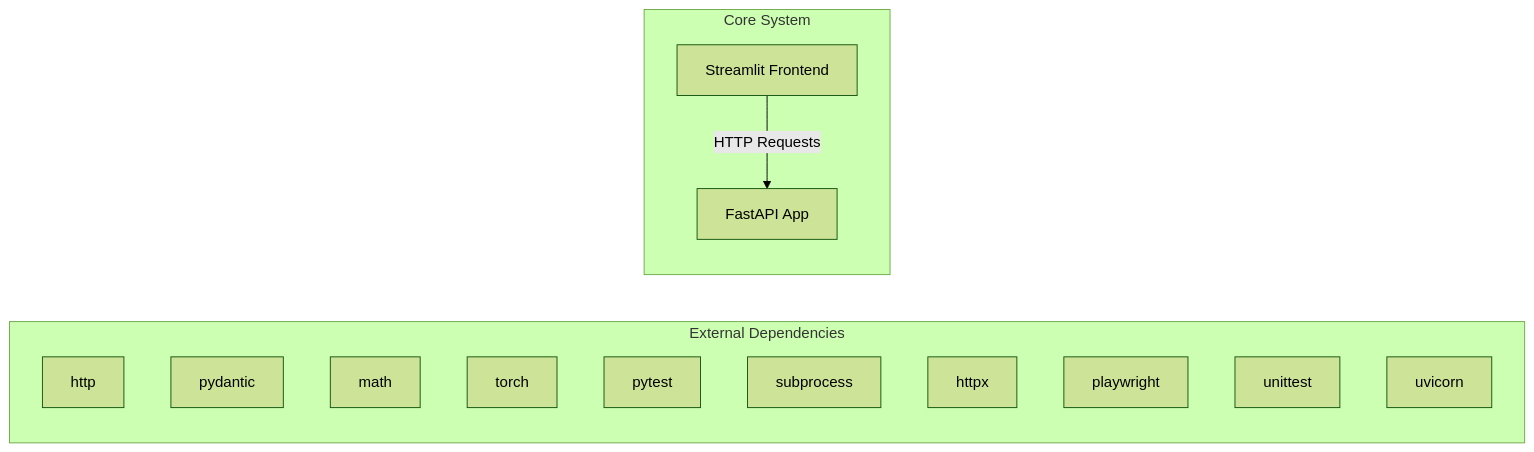
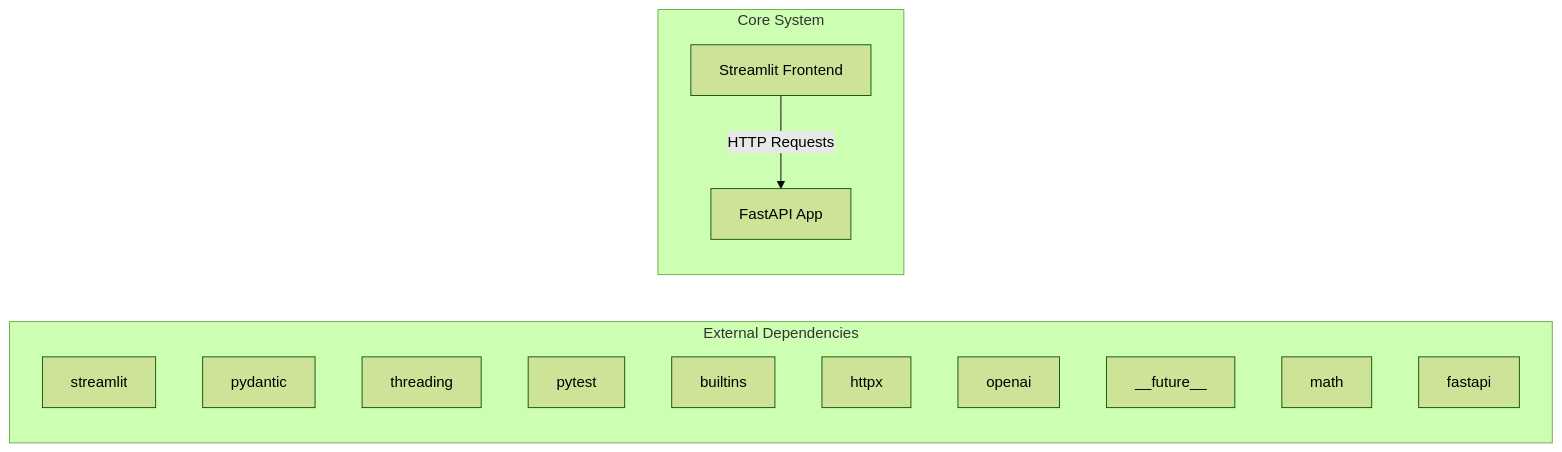
The first of 2 diagrams in docs/architecture.md (NITISH-R-G/rag-context-optimizer), drawn with Mermaid (forest theme) before and after one commit. The commit also changed 1 other file, not shown here.

Commit message:
docs: auto-update repository knowledge, architecture diagrams, and documentation

````diff
--- a/docs/architecture.md
+++ b/docs/architecture.md
@@ -7,20 +7,20 @@
 ```mermaid
 graph LR
     subgraph External Dependencies
-        E0["http"]
+        E0["streamlit"]
         E1["pydantic"]
-        E2["math"]
-        E3["torch"]
-        E4["pytest"]
-        E5["subprocess"]
-        E6["httpx"]
-        E7["playwright"]
-        E8["unittest"]
-        E9["uvicorn"]
+        E2["threading"]
+        E3["pytest"]
+        E4["builtins"]
+        E5["httpx"]
+        E6["openai"]
+        E7["__future__"]
+        E8["math"]
+        E9["fastapi"]
     end
     subgraph Core System
         API["FastAPI App"]
         UI["Streamlit Frontend"]
     end
     UI -->|HTTP Requests| API
 ```
````
